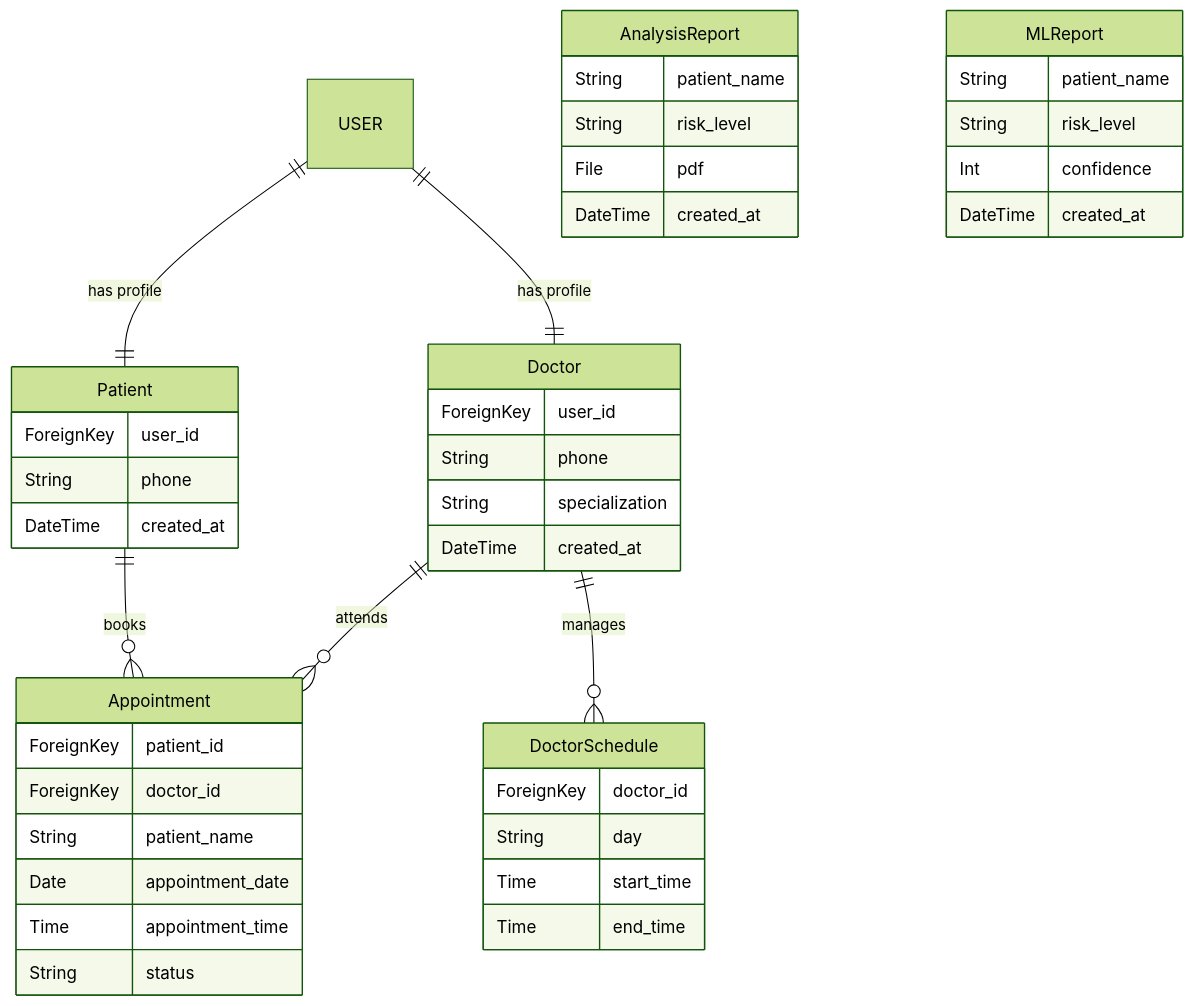
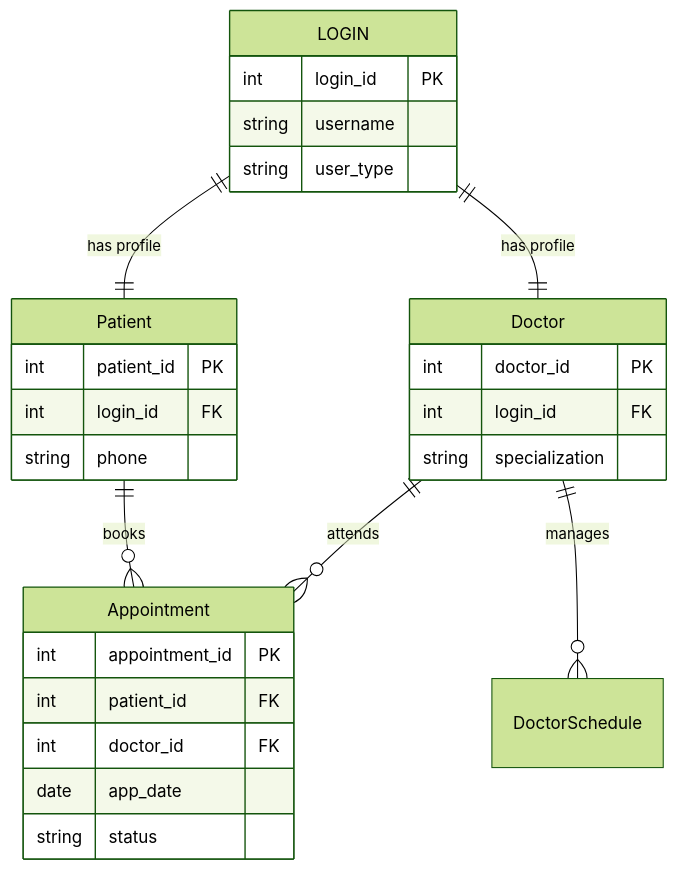
One commit to harishma-adarsh/Feetal_project changed the first of 7 diagrams in SYSTEM_SPECIFICATIONS.md. Above: the diagram before and after it, drawn with Mermaid (forest theme). The commit also changed other lines of this file and 6 other files, not shown here.

````diff
--- a/SYSTEM_SPECIFICATIONS.md
+++ b/SYSTEM_SPECIFICATIONS.md
@@ -63,51 +118,34 @@
 ```mermaid
 erDiagram
-    USER ||--|| Patient : "has profile"
-    USER ||--|| Doctor : "has profile"
+    LOGIN ||--|| Patient : "has profile"
+    LOGIN ||--|| Doctor : "has profile"
     Patient ||--o{ Appointment : "books"
     Doctor ||--o{ Appointment : "attends"
     Doctor ||--o{ DoctorSchedule : "manages"
 
+    LOGIN {
+        int login_id PK
+        string username
+        string user_type
+    }
+
     Patient {
-        ForeignKey user_id
-        String phone
-        DateTime created_at
+        int patient_id PK
+        int login_id FK
+        string phone
     }
 
     Doctor {
-        ForeignKey user_id
-        String phone
-        String specialization
-        DateTime created_at
+        int doctor_id PK
+        int login_id FK
+        string specialization
     }
 
     Appointment {
-        ForeignKey patient_id
-        ForeignKey doctor_id
-        String patient_name
-        Date appointment_date
-        Time appointment_time
-        String status
-    }
-
-    DoctorSchedule {
-        ForeignKey doctor_id
-        String day
-        Time start_time
-        Time end_time
-    }
-
-    AnalysisReport {
-        String patient_name
-        String risk_level
-        File pdf
-        DateTime created_at
-    }
-
-    MLReport {
-        String patient_name
-        String risk_level
-        Int confidence
-        DateTime created_at
+        int appointment_id PK
+        int patient_id FK
+        int doctor_id FK
+        date app_date
+        string status
     }
 ```
````
